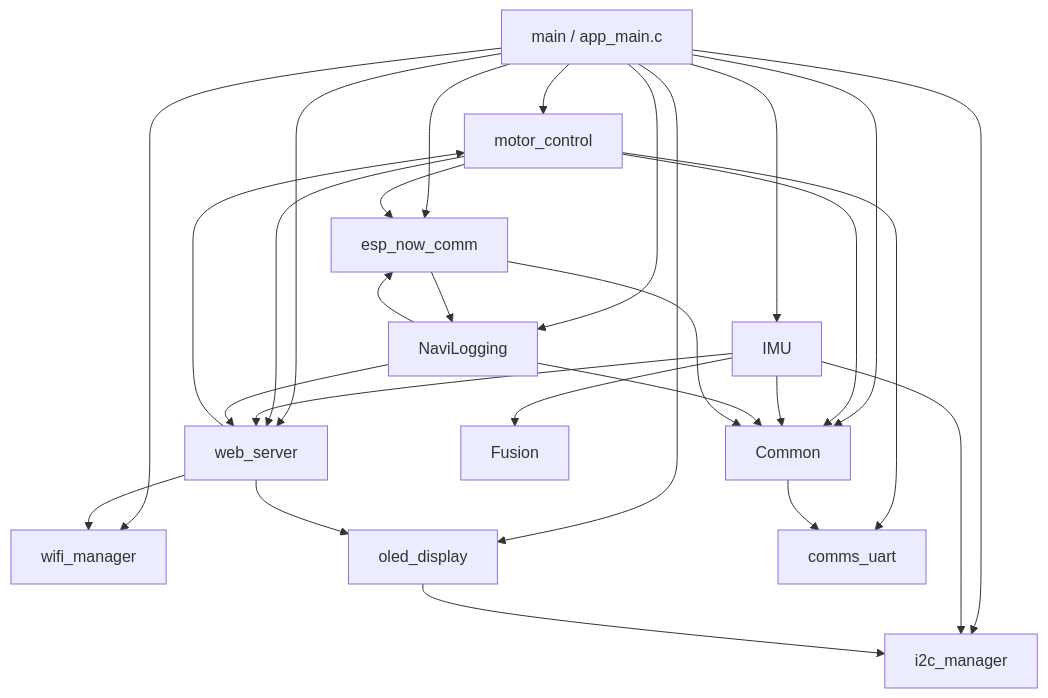
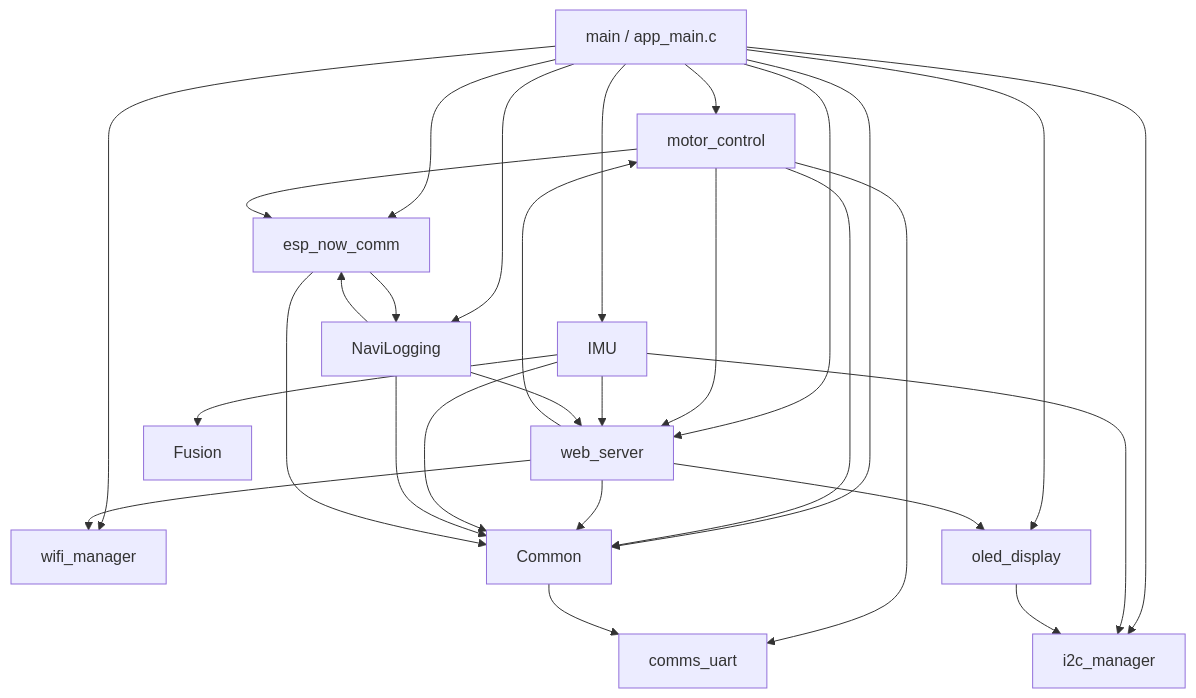
Before and after one commit to vexown/wave_rover_driver: the second of 3 diagrams in docs/ARCHITECTURE.md, drawn with Mermaid. The commit also changed other lines of this file and 3 other files, not shown here.

````diff
--- a/docs/ARCHITECTURE.md
+++ b/docs/ARCHITECTURE.md
@@ -92,14 +92,14 @@
 ```mermaid
 flowchart TD
     main[main / app_main.c]
 
     main --> motor_control & web_server & IMU & NaviLogging & esp_now_comm & wifi_manager & oled_display & i2c_manager & Common
 
     motor_control --> web_server & esp_now_comm & comms_uart & Common
-    web_server --> motor_control & oled_display & wifi_manager
+    web_server --> motor_control & oled_display & wifi_manager & Common
     IMU --> web_server & i2c_manager & Fusion & Common
     NaviLogging --> web_server & esp_now_comm & Common
     esp_now_comm --> NaviLogging & Common
     oled_display --> i2c_manager
     Common --> comms_uart
 ```
````
